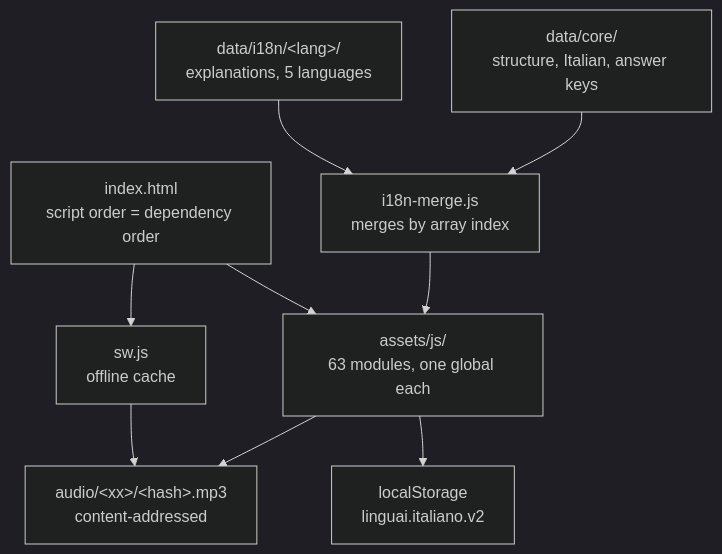
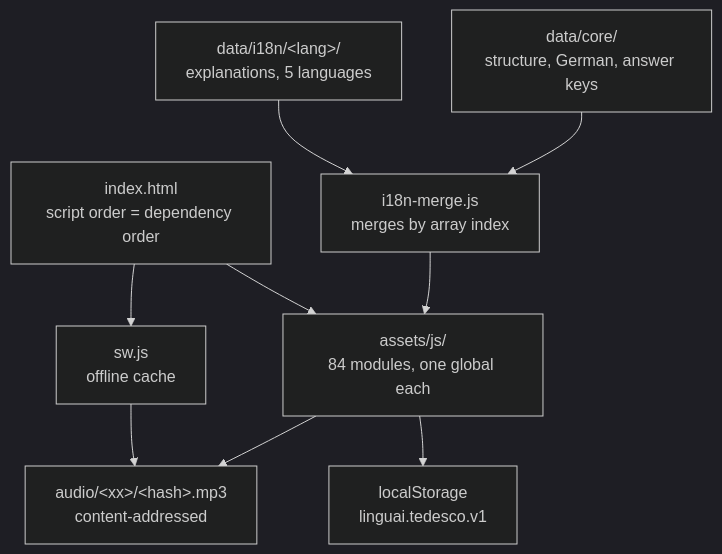
Before and after one commit to AndreaBonn/lerne-deutsch: the diagram in README.md, drawn with Mermaid (dark theme). The commit also changed other lines of this file and 3 other files, not shown here.

````diff
--- a/README.md
+++ b/README.md
@@ -77,20 +83,20 @@
 ```mermaid
 flowchart TD
   html["index.html<br/>script order = dependency order"]
-  core["data/core/<br/>structure, Italian, answer keys"]
+  core["data/core/<br/>structure, German, answer keys"]
   i18n["data/i18n/&lt;lang&gt;/<br/>explanations, 5 languages"]
   merge["i18n-merge.js<br/>merges by array index"]
-  engine["assets/js/<br/>63 modules, one global each"]
-  store["localStorage<br/>linguai.italiano.v2"]
+  engine["assets/js/<br/>84 modules, one global each"]
+  store["localStorage<br/>linguai.tedesco.v1"]
   audio["audio/&lt;xx&gt;/&lt;hash&gt;.mp3<br/>content-addressed"]
   sw["sw.js<br/>offline cache"]
 
   html --> engine
   core --> merge
   i18n --> merge
   merge --> engine
   engine --> store
   engine --> audio
   html --> sw
   sw --> audio
 ```
````
